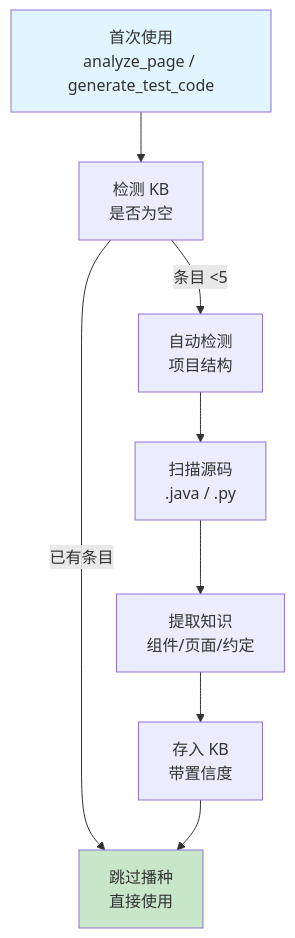
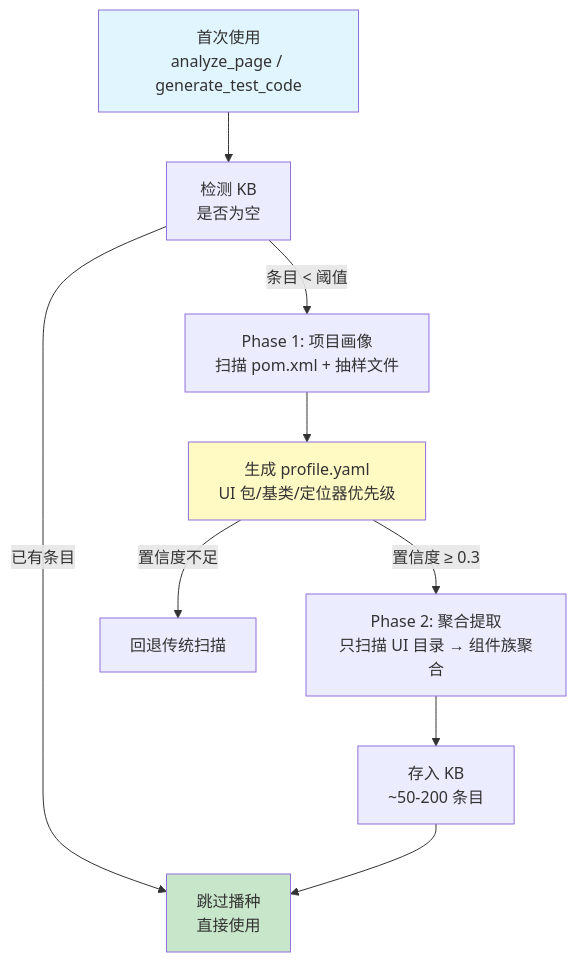
The first of 2 diagrams in docs/kb-maintenance-guide.md (timgunnar/UIBridge), drawn with Mermaid before and after one commit. The commit also changed other lines of this file and 163 other files, not shown here.

````diff
--- a/docs/kb-maintenance-guide.md
+++ b/docs/kb-maintenance-guide.md
@@ -26,13 +40,16 @@
 ```mermaid
 flowchart TD
     A["首次使用<br/>analyze_page / generate_test_code"] --> B
-    B["检测 KB<br/>是否为空"] -->|"条目 <5"| C
+    B["检测 KB<br/>是否为空"] -->|"条目 < 阈值"| C
     B -->|"已有条目"| G["跳过播种<br/>直接使用"]
-    C["自动检测<br/>项目结构"] --> D
-    D["扫描源码<br/>.java / .py"] --> E
-    E["提取知识<br/>组件/页面/约定"] --> F
-    F["存入 KB<br/>带置信度"] --> G
+    C["Phase 1: 项目画像<br/>扫描 pom.xml + 抽样文件"] --> D
+    D["生成 profile.yaml<br/>UI 包/基类/定位器优先级"]
+    D -->|"置信度 ≥ 0.3"| E
+    D -->|"置信度不足"| X["回退传统扫描"]
+    E["Phase 2: 聚合提取<br/>只扫描 UI 目录 → 组件族聚合"] --> F
+    F["存入 KB<br/>~50-200 条目"] --> G
 
     style A fill:#e1f5fe
     style G fill:#c8e6c9
+    style D fill:#fff9c4
 ```
````
